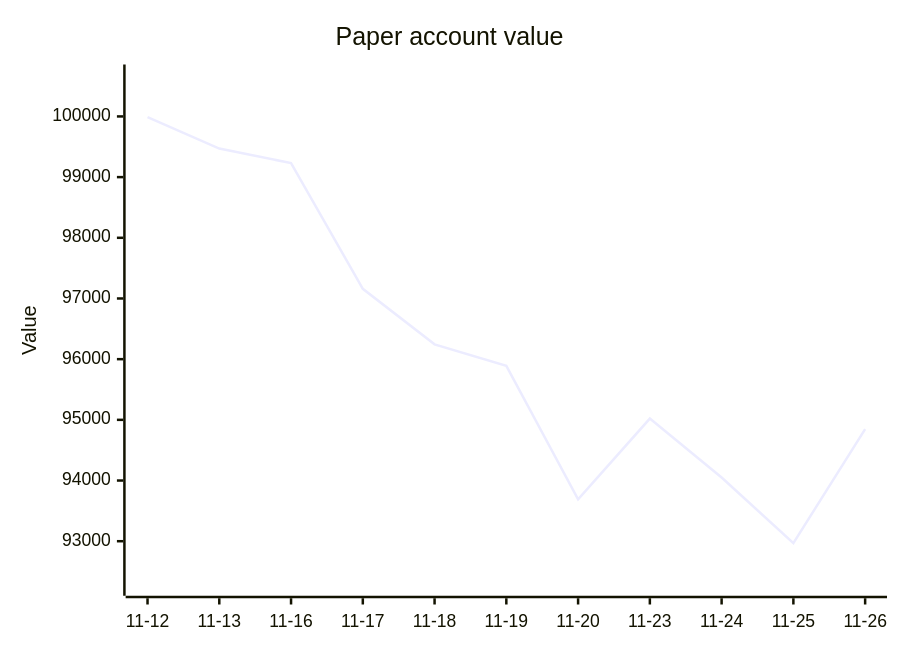
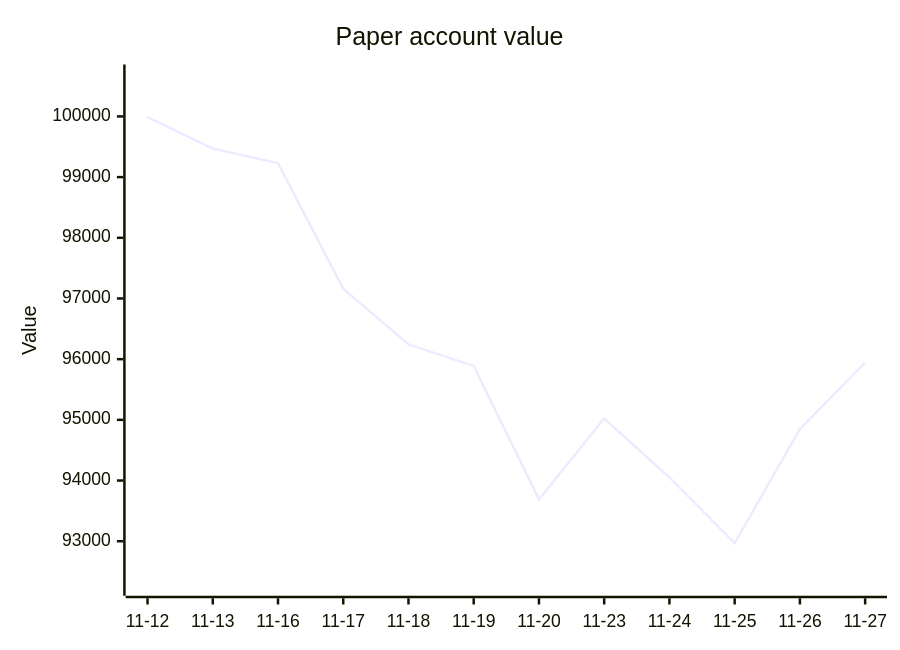
The second of 2 diagrams in 00 - Bot Dashboard.md (owlpowell50-creator/trading-bot), drawn with Mermaid before and after one commit. The commit also changed other lines of this file and 17 other files, not shown here.

````diff
--- a/00 - Bot Dashboard.md
+++ b/00 - Bot Dashboard.md
@@ -69,7 +69,7 @@
 ```mermaid
 xychart-beta
     title "Paper account value"
-    x-axis ["11-12", "11-13", "11-16", "11-17", "11-18", "11-19", "11-20", "11-23", "11-24", "11-25", "11-26"]
+    x-axis ["11-12", "11-13", "11-16", "11-17", "11-18", "11-19", "11-20", "11-23", "11-24", "11-25", "11-26", "11-27"]
     y-axis "Value" 92266 --> 100691
-    line [99989.1, 99470.6, 99230.9, 97159.3, 96244.1, 95888.9, 93690.1, 95020.8, 94050.6, 92968.3, 94848.3]
+    line [99989.1, 99470.6, 99230.9, 97159.3, 96244.1, 95888.9, 93690.1, 95020.8, 94050.6, 92968.3, 94848.3, 95944.0]
 ```
````
